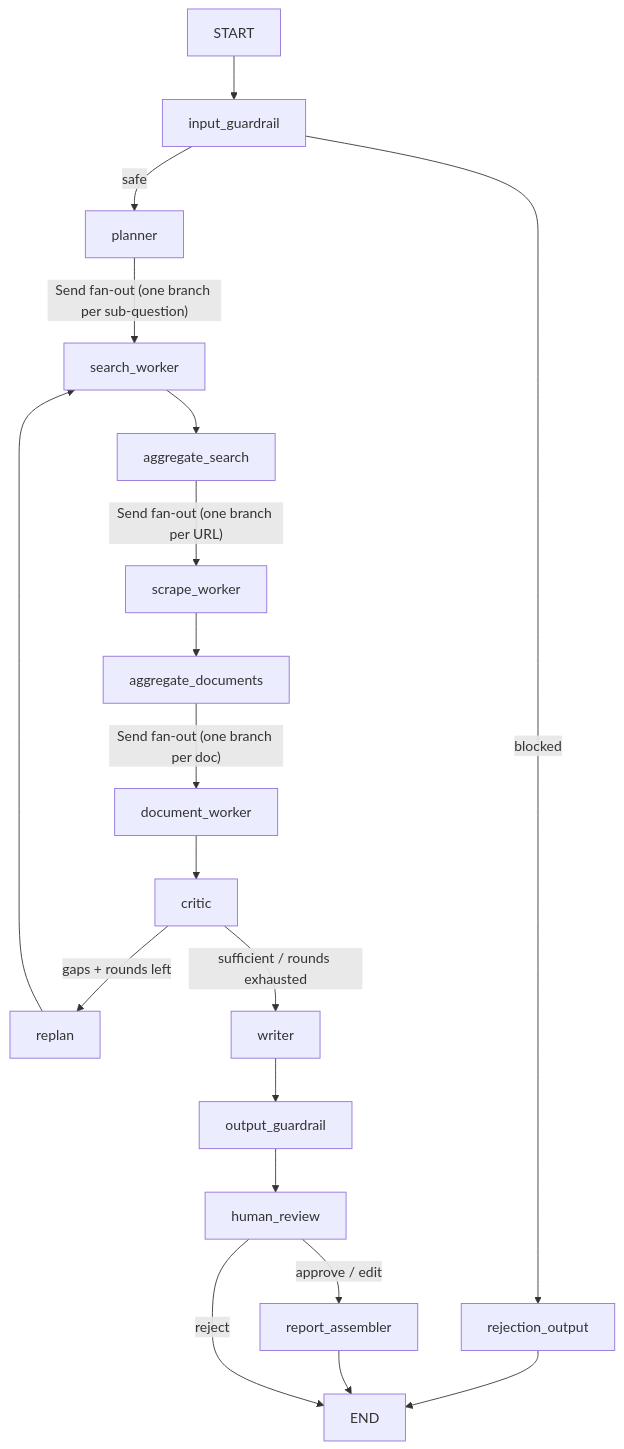
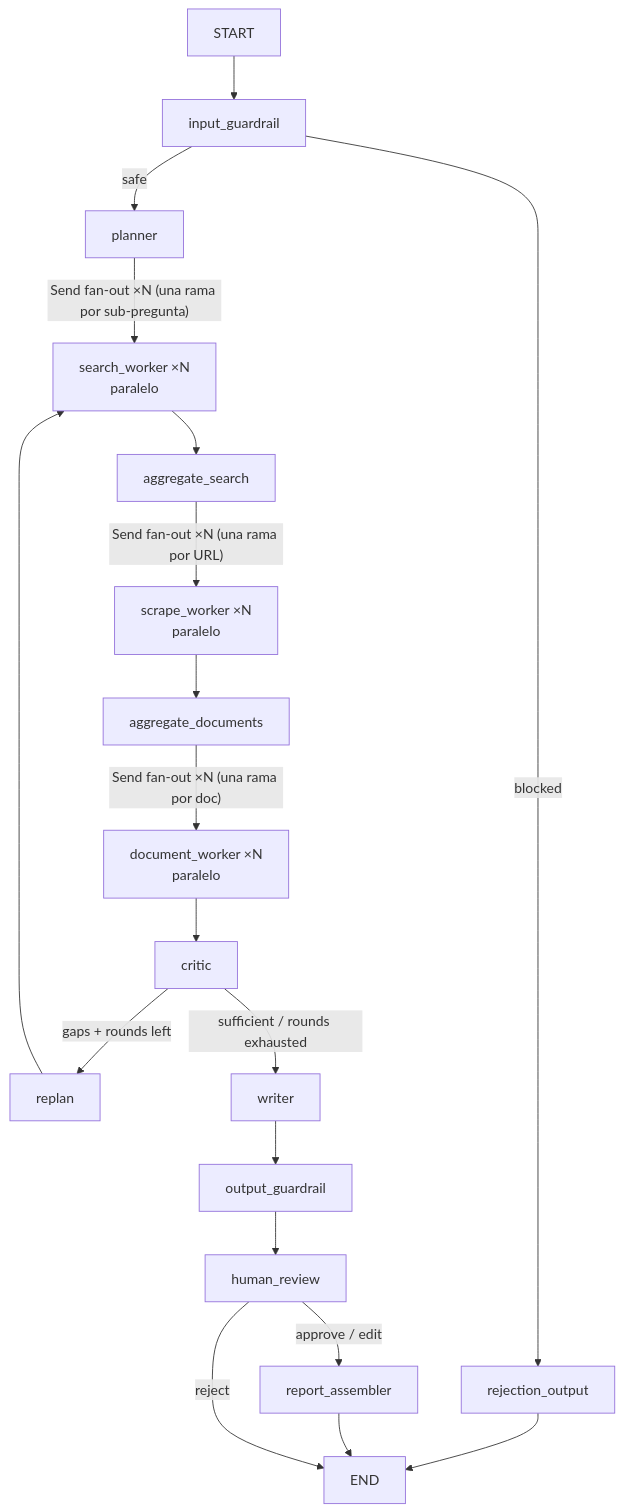
Before and after one commit to kanderson-ai-dev/agentic-web-researcher: the diagram in README.md, drawn with Mermaid. The commit also changed 1 other file, not shown here.

Commit message:
docs: update LangSmith trace with parallel workers visible, annotate mermaid fan-out with ×N

````diff
--- a/README.md
+++ b/README.md
@@ -76,19 +76,19 @@
 ```mermaid
 graph TD
     START[START] --> input_guardrail[input_guardrail]
     input_guardrail -- blocked --> rejection_output[rejection_output] --> END[END]
     input_guardrail -- safe --> planner[planner]
-    planner -->|"Send fan-out (one branch per sub-question)"| search_worker[search_worker]
+    planner -->|"Send fan-out ×N (una rama por sub-pregunta)"| search_worker["search_worker ×N<br/>paralelo"]
     search_worker --> aggregate_search[aggregate_search]
-    aggregate_search -->|"Send fan-out (one branch per URL)"| scrape_worker[scrape_worker]
+    aggregate_search -->|"Send fan-out ×N (una rama por URL)"| scrape_worker["scrape_worker ×N<br/>paralelo"]
     scrape_worker --> aggregate_documents[aggregate_documents]
-    aggregate_documents -->|"Send fan-out (one branch per doc)"| document_worker[document_worker]
+    aggregate_documents -->|"Send fan-out ×N (una rama por doc)"| document_worker["document_worker ×N<br/>paralelo"]
     document_worker --> critic[critic]
     critic -- "gaps + rounds left" --> replan[replan]
     replan --> search_worker
     critic -- "sufficient / rounds exhausted" --> writer[writer]
     writer --> output_guardrail[output_guardrail]
     output_guardrail --> human_review[human_review]
     human_review -- "approve / edit" --> report_assembler[report_assembler] --> END
     human_review -- "reject" --> END
 ```
````
